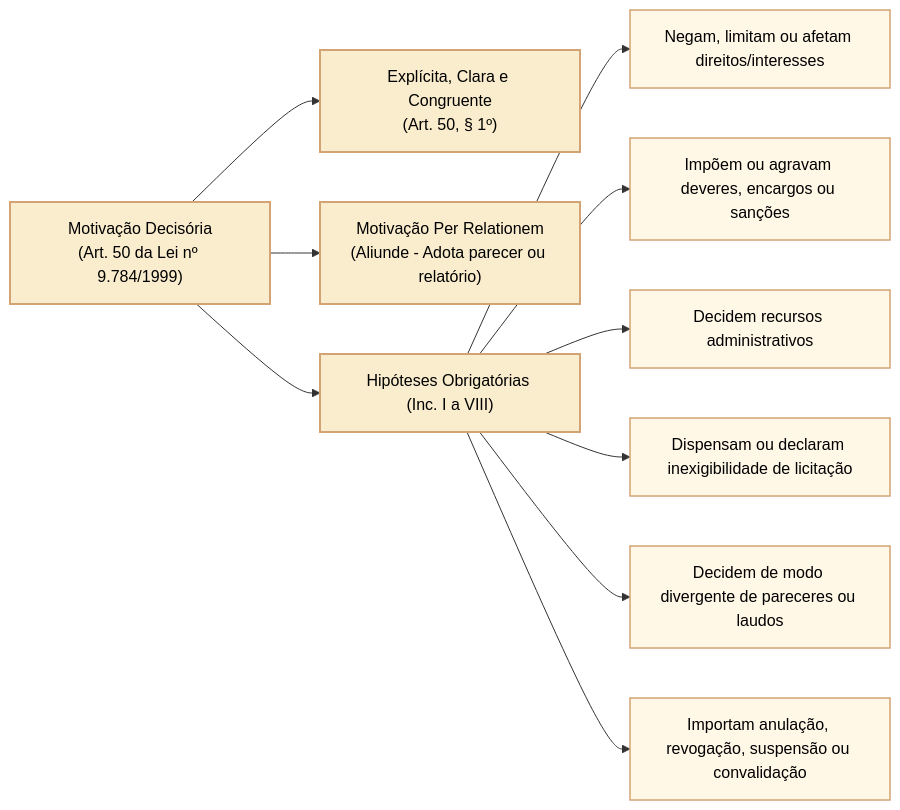
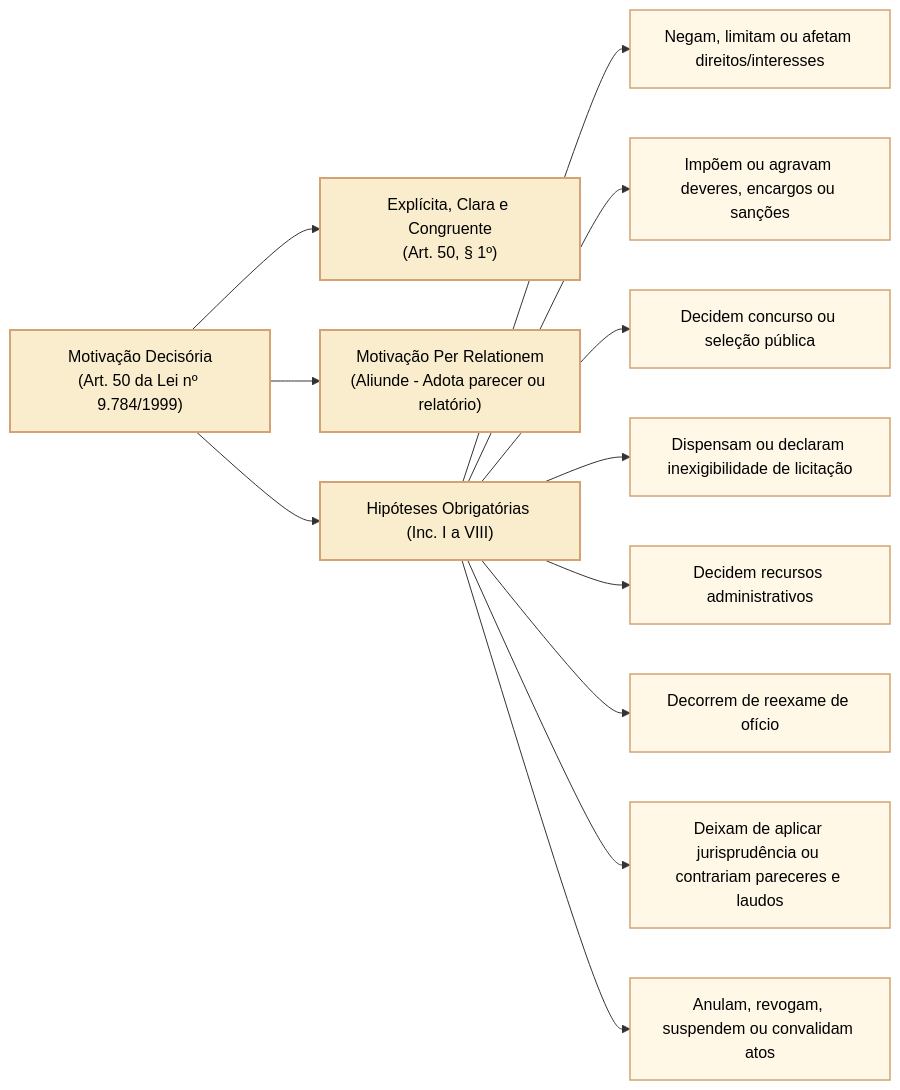
One commit to leorruas/concursos changed the second of 4 diagrams in 3 - Materias/Direito Administrativo/26 - lei 9784 impedimento suspeicao motivacao e recursos.md. Above: the diagram before and after it, drawn with Mermaid. The commit also changed other lines of this file, not shown here.

Commit message:
docs(camara): completar diagrama do art. 50 e simplificar títulos jurídicos

````diff
--- a/3 - Materias/Direito Administrativo/26 - lei 9784 impedimento suspeicao motivacao e recursos.md
+++ b/3 - Materias/Direito Administrativo/26 - lei 9784 impedimento suspeicao motivacao e recursos.md
@@ -80,19 +80,21 @@
 ```mermaid
 flowchart LR
     classDef raiz fill:#faedcd,stroke:#d4a373,stroke-width:2px,color:#000000;
     classDef criterio fill:#faedcd,stroke:#d4a373,stroke-width:2px,color:#000000;
     classDef opcao fill:#fff8e7,stroke:#d4a373,stroke-width:1.5px,color:#000000;
 
     MOT["Motivação Decisória<br>(Art. 50 da Lei nº 9.784/1999)"]:::raiz
     
     MOT --> EXP["Explícita, Clara e Congruente<br>(Art. 50, § 1º)"]:::criterio
     MOT --> PER["Motivação Per Relationem<br>(Aliunde - Adota parecer ou relatório)"]:::criterio
     
     MOT --> ROL["Hipóteses Obrigatórias (Inc. I a VIII)"]:::criterio
     ROL --> H1["Negam, limitam ou afetam direitos/interesses"]:::opcao
     ROL --> H2["Impõem ou agravam deveres, encargos ou sanções"]:::opcao
-    ROL --> H3["Decidem recursos administrativos"]:::opcao
+    ROL --> H3["Decidem concurso ou seleção pública"]:::opcao
     ROL --> H4["Dispensam ou declaram inexigibilidade de licitação"]:::opcao
-    ROL --> H5["Decidem de modo divergente de pareceres ou laudos"]:::opcao
-    ROL --> H6["Importam anulação, revogação, suspensão ou convalidação"]:::opcao
+    ROL --> H5["Decidem recursos administrativos"]:::opcao
+    ROL --> H6["Decorrem de reexame de ofício"]:::opcao
+    ROL --> H7["Deixam de aplicar jurisprudência ou contrariam pareceres e laudos"]:::opcao
+    ROL --> H8["Anulam, revogam, suspendem ou convalidam atos"]:::opcao
 ```
````
